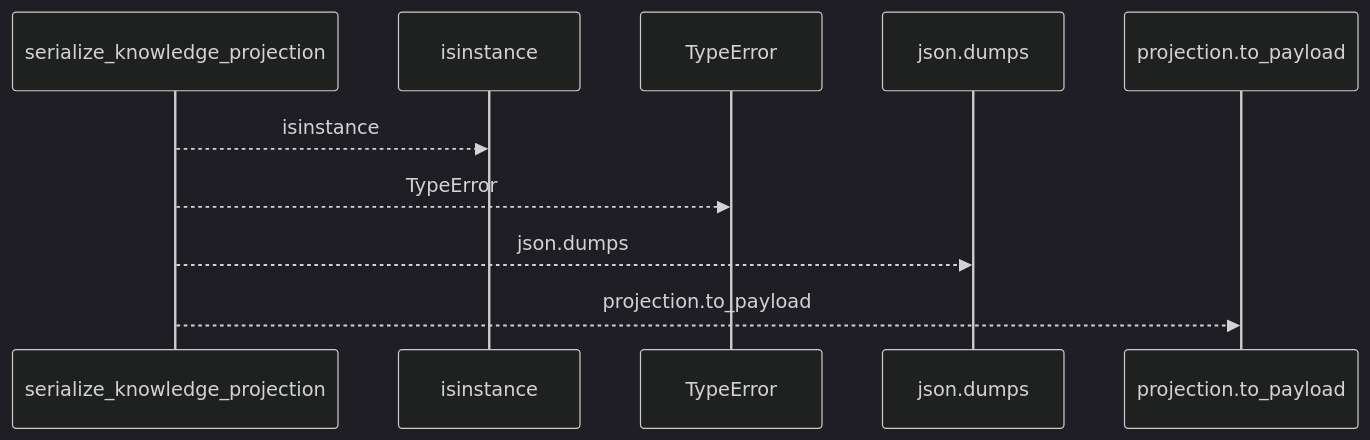
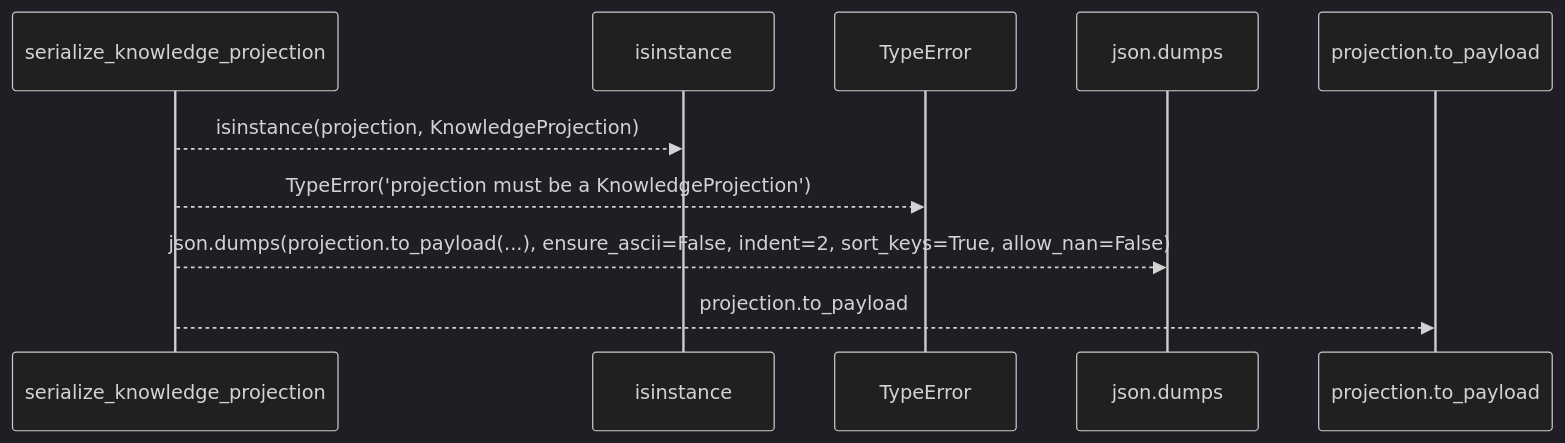
One commit to Denissvgn/python-wiki-llm changed the first of 2 diagrams in docs/llm_wiki/flows/api-serialize_knowledge_projection.md. Above: the diagram before and after it, drawn with Mermaid (dark theme). The commit also changed other lines of this file and 1410 other files, not shown here.

````diff
--- a/docs/llm_wiki/flows/api-serialize_knowledge_projection.md
+++ b/docs/llm_wiki/flows/api-serialize_knowledge_projection.md
@@ -10,12 +12,12 @@
 ```mermaid
 sequenceDiagram
     participant p0 as serialize_knowledge_projection
     participant p1 as isinstance
     participant p2 as TypeError
     participant p3 as json.dumps
     participant p4 as projection.to_payload
-    p0-->>p1: isinstance
-    p0-->>p2: TypeError
-    p0-->>p3: json.dumps
+    p0-->>p1: isinstance(projection, KnowledgeProjection)
+    p0-->>p2: TypeError('projection must be a KnowledgeProjection')
+    p0-->>p3: json.dumps(projection.to_payload(...), ensure_ascii=False, indent=2, sort_keys=True, allow_nan=False)
     p0-->>p4: projection.to_payload
 ```
````
